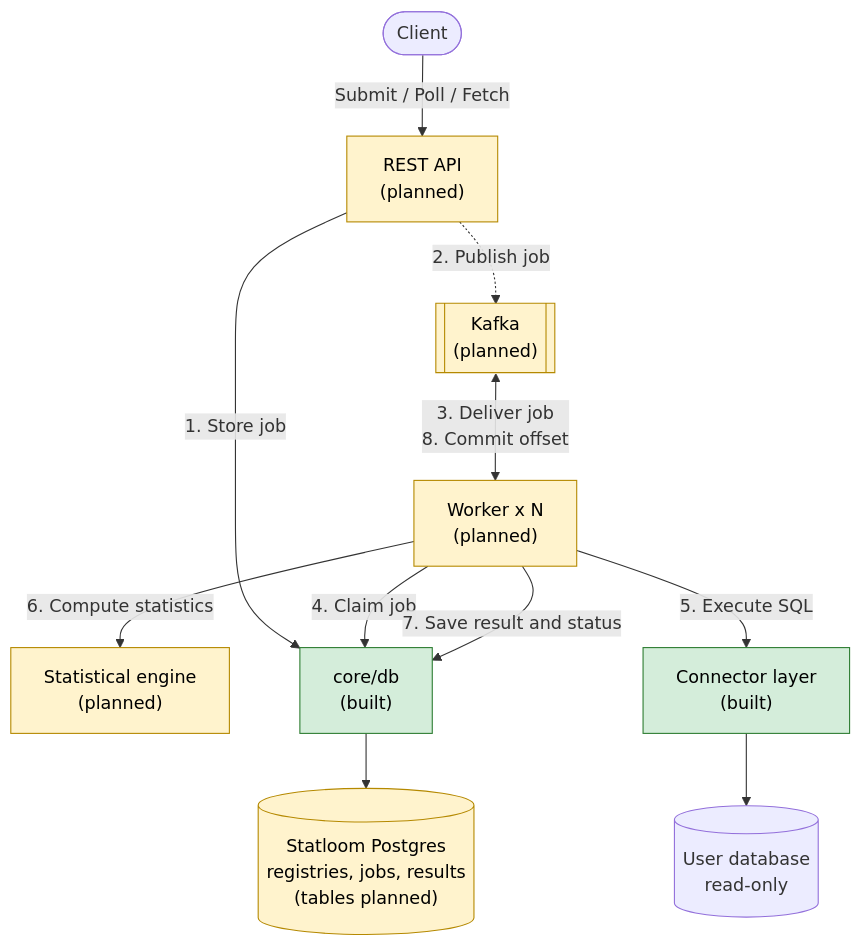
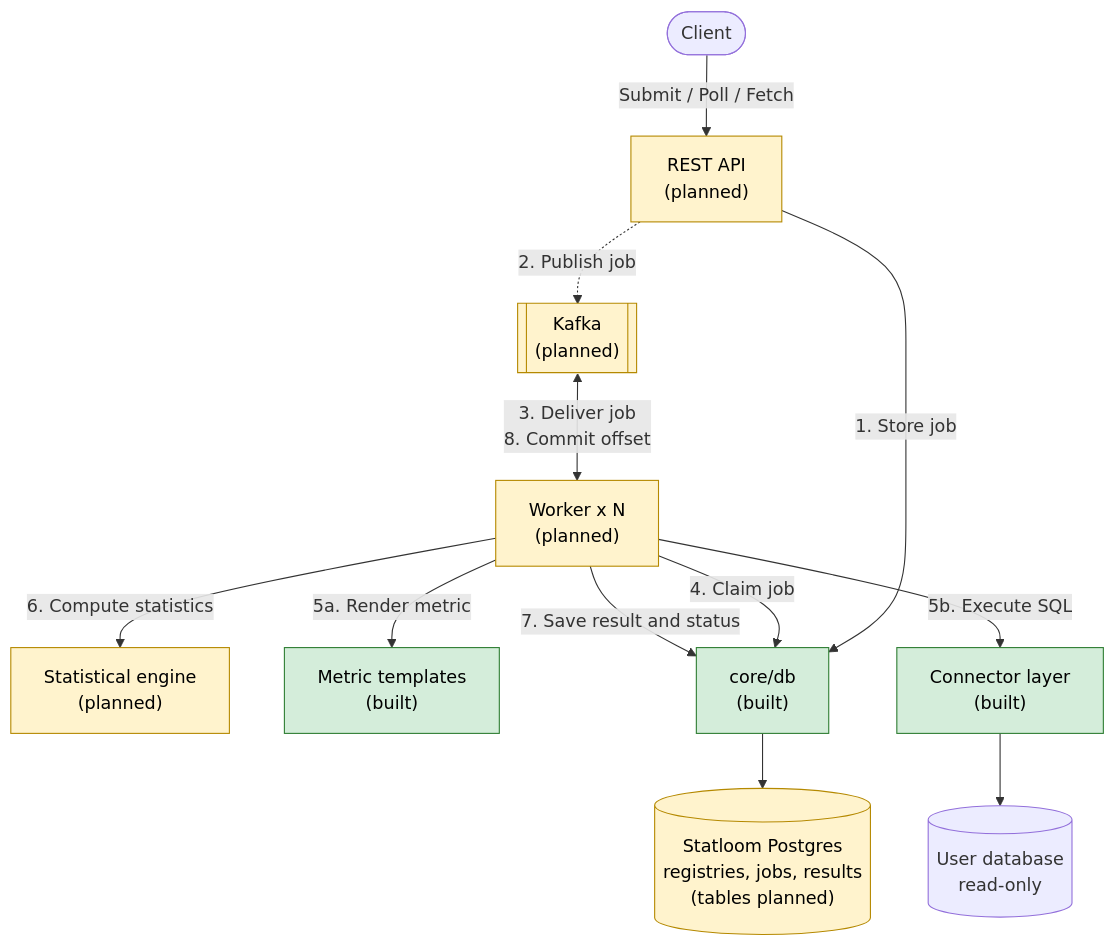
The diagram in README.md (faithscript/statloom), drawn with Mermaid before and after one commit. The commit also changed other lines of this file and 8 other files, not shown here.

````diff
--- a/README.md
+++ b/README.md
@@ -27,28 +27,30 @@
 ```mermaid
 flowchart TD
 Client([Client])
 API["REST API<br/>(planned)"]
 K[["Kafka<br/>(planned)"]]
 W["Worker x N<br/>(planned)"]
 ENG["Statistical engine<br/>(planned)"]
+MET["Metric templates<br/>(built)"]
 CONN["Connector layer<br/>(built)"]
 UDB[("User database<br/>read-only")]
 DB["core/db<br/>(built)"]
 PG[("Statloom Postgres<br/>registries, jobs, results<br/>(tables planned)")]
 
 Client -->|"Submit / Poll / Fetch"| API
 API -->|"1. Store job"| DB
 API -.->|"2. Publish job"| K
 K <-->|"3. Deliver job<br/>8. Commit offset"| W
 W -->|"4. Claim job"| DB
-W -->|"5. Execute SQL"| CONN
+W -->|"5a. Render metric"| MET
+W -->|"5b. Execute SQL"| CONN
 CONN --> UDB
 W -->|"6. Compute statistics"| ENG
 W -->|"7. Save result and status"| DB
 DB --> PG
 
 classDef built fill:#d4edda,stroke:#2e7d32,color:#000
 classDef planned fill:#fff3cd,stroke:#b58900,color:#000
-class CONN,DB built
+class CONN,DB,MET built
 class API,K,W,ENG,PG planned
 ```
````
